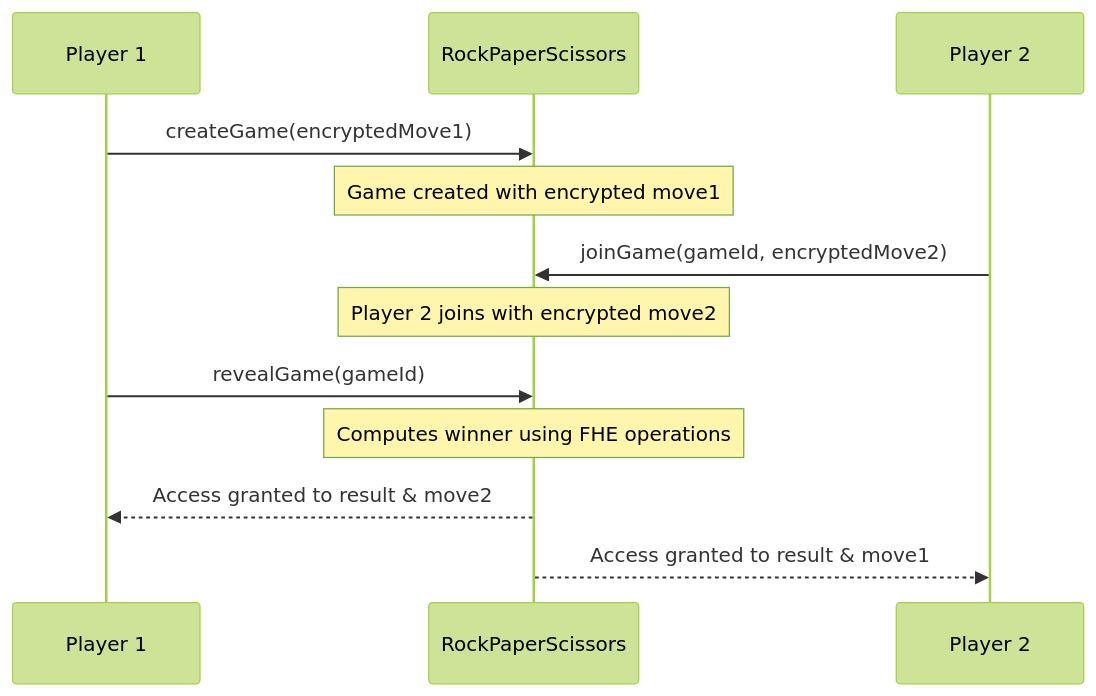
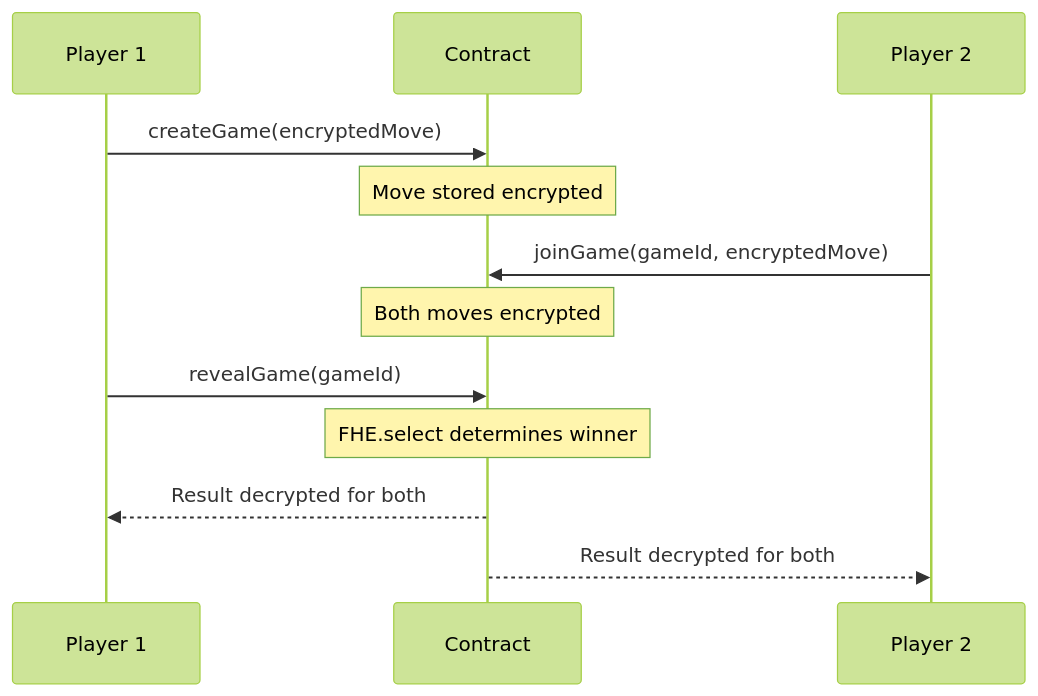
One commit to jobjab-dev/fhevm-example-hub changed the diagram in docs/examples/applications/rock-paper-scissors.md. Above: the diagram before and after it, drawn with Mermaid (forest theme). The commit also changed other lines of this file and 30 other files, not shown here.

Commit message:
docs: add diagrams and key concepts to all examples

````diff
--- a/docs/examples/applications/rock-paper-scissors.md
+++ b/docs/examples/applications/rock-paper-scissors.md
@@ -36,15 +33,14 @@
 ```mermaid
 sequenceDiagram
     participant P1 as Player 1
-    participant Contract as RockPaperScissors
+    participant C as Contract
     participant P2 as Player 2
-    
-    P1->>Contract: createGame(encryptedMove1)
-    Note over Contract: Game created with encrypted move1
-    P2->>Contract: joinGame(gameId, encryptedMove2)
-    Note over Contract: Player 2 joins with encrypted move2
-    P1->>Contract: revealGame(gameId)
-    Note over Contract: Computes winner using FHE operations
-    Contract-->>P1: Access granted to result & move2
-    Contract-->>P2: Access granted to result & move1
+    P1->>C: createGame(encryptedMove)
+    Note over C: Move stored encrypted
+    P2->>C: joinGame(gameId, encryptedMove)
+    Note over C: Both moves encrypted
+    P1->>C: revealGame(gameId)
+    Note over C: FHE.select determines winner
+    C-->>P1: Result decrypted for both
+    C-->>P2: Result decrypted for both
 ```
````
